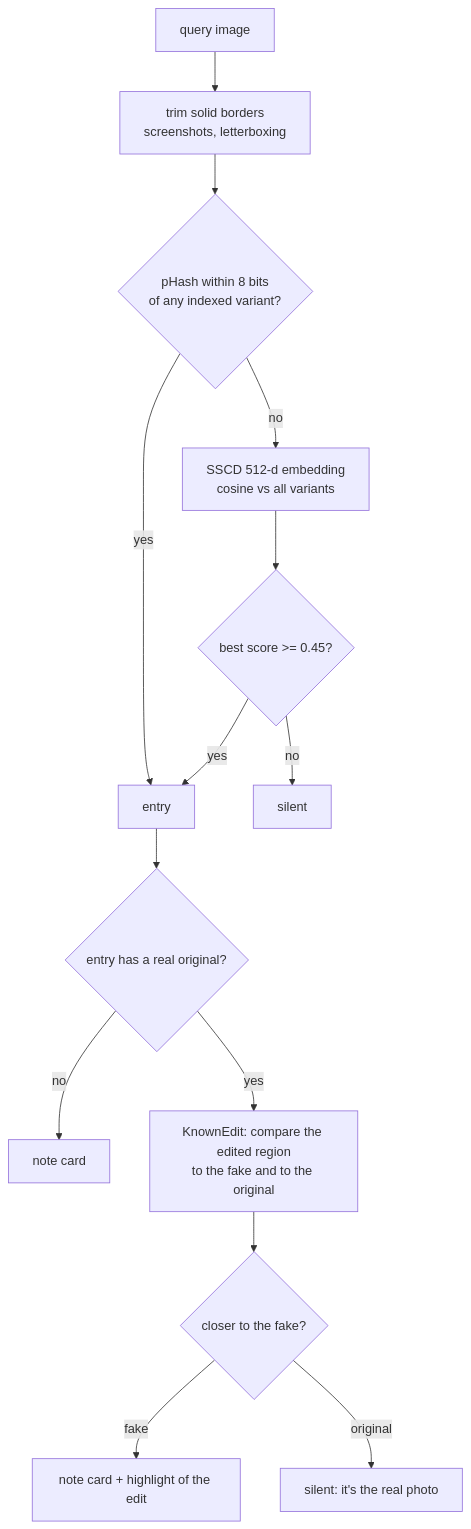
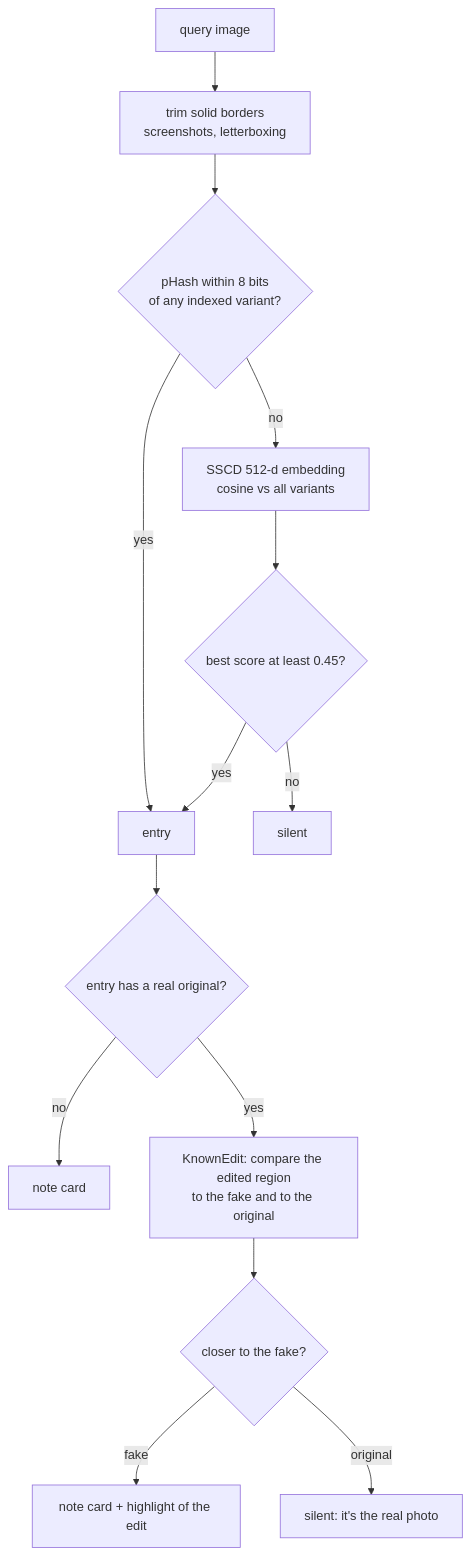
The third of 6 diagrams in docs/DESIGN.md (sbui056/son-del-north), drawn with Mermaid before and after one commit. The commit also changed other lines of this file and 1 other file, not shown here.

Commit message:
readme and design doc: invisible by design, tighter wording, mermaid fixes

````diff
--- a/docs/DESIGN.md
+++ b/docs/DESIGN.md
@@ -82,16 +82,16 @@
 ```mermaid
 flowchart TD
   Q[query image] --> T[trim solid borders<br/>screenshots, letterboxing]
   T --> H{pHash within 8 bits<br/>of any indexed variant?}
   H -- yes --> R[entry]
   H -- no --> E[SSCD 512-d embedding<br/>cosine vs all variants]
-  E --> TH{best score >= 0.45?}
+  E --> TH{"best score at least 0.45?"}
   TH -- no --> SILENT[silent]
   TH -- yes --> R
   R --> PAIR{entry has a real original?}
   PAIR -- no --> NOTE[note card]
-  PAIR -- yes --> KE[KnownEdit: compare the edited region<br/>to the fake and to the original]
+  PAIR -- yes --> KE["KnownEdit: compare the edited region<br/>to the fake and to the original"]
   KE --> V{closer to the fake?}
   V -- fake --> NOTE2[note card + highlight of the edit]
-  V -- original --> SILENT2[silent: it's the real photo]
+  V -- original --> SILENT2["silent: it's the real photo"]
 ```
````
